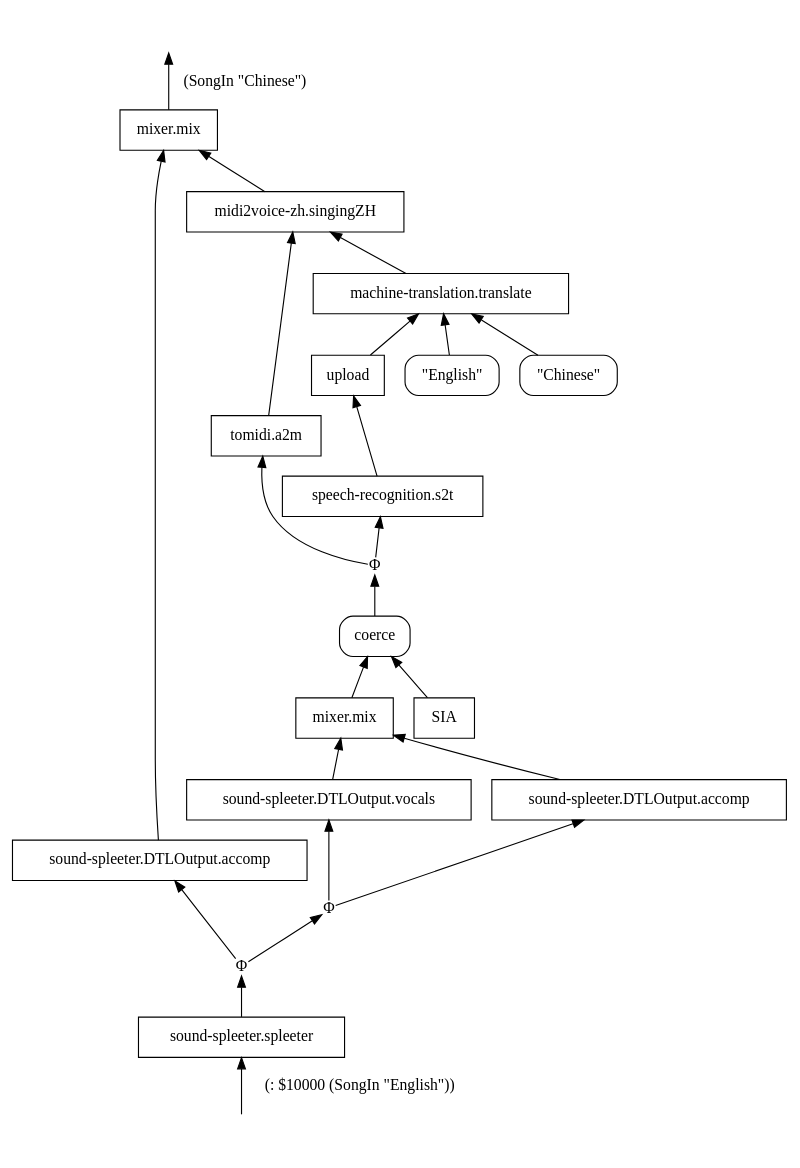
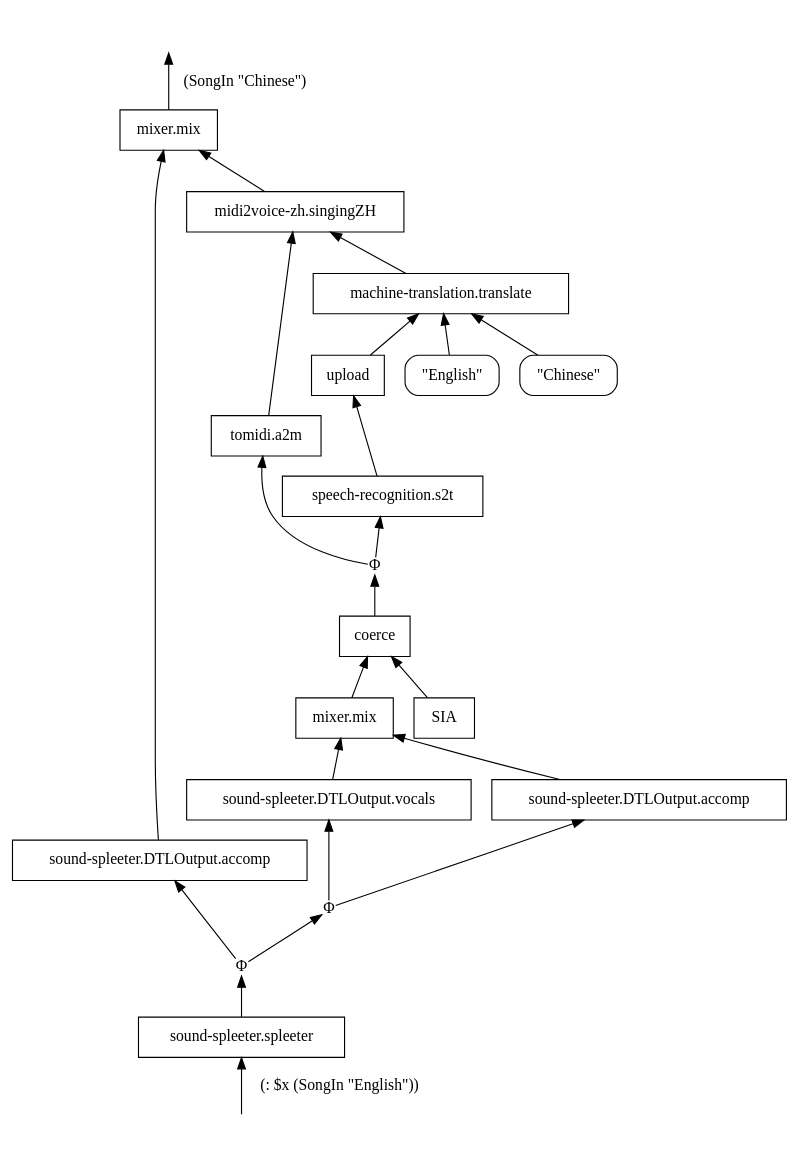
Before and after one commit to singnet/ai-dsl: the diagram in experimental/ai-service-composition/english-to-chinese-song/dots/cnd-2.dot, drawn with Graphviz. The commit also changed 5 other files, not shown here.

```diff
--- a/experimental/ai-service-composition/english-to-chinese-song/dots/cnd-2.dot
+++ b/experimental/ai-service-composition/english-to-chinese-song/dots/cnd-2.dot
@@ -1,47 +1,47 @@
 digraph Flowchart {
 rankdir=BT
 
 "__IN__0" [label="", shape=none]
 "__OUT__0" [label="", shape=none]
-"Φ1002" [label="Φ", shape=plain]
-"mixer.mix3" [label="mixer.mix", shape=box]
-"sound-spleeter.DTLOutput.accomp12" [label="sound-spleeter.DTLOutput.accomp", shape=box]
-"Φ1103" [label="Φ", shape=plain]
-"midi2voice-zh.singingZH104" [label="midi2voice-zh.singingZH", shape=box]
-"machine-translation.translate115" [label="machine-translation.translate", shape=box]
+"Φ743206" [label="Φ", shape=plain]
+"mixer.mix295142" [label="mixer.mix", shape=box]
+"sound-spleeter.DTLOutput.accomp922590" [label="sound-spleeter.DTLOutput.accomp", shape=box]
+"Φ678770" [label="Φ", shape=plain]
+"midi2voice-zh.singingZH270626" [label="midi2voice-zh.singingZH", shape=box]
+"machine-translation.translate15183" [label="machine-translation.translate", shape=box]
 "English" [label="\"English\"", shape=box, style=rounded]
 "Chinese" [label="\"Chinese\"", shape=box, style=rounded]
-"upload124" [label="upload", shape=box]
-"speech-recognition.s2t133" [label="speech-recognition.s2t", shape=box]
-"tomidi.a2m203" [label="tomidi.a2m", shape=box]
-coerce [label="coerce", shape=box, style=rounded]
-"SIA123" [label="SIA", shape=box]
-"Φ1122" [label="Φ", shape=plain]
-"mixer.mix123" [label="mixer.mix", shape=box]
-"sound-spleeter.DTLOutput.accomp132" [label="sound-spleeter.DTLOutput.accomp", shape=box]
-"sound-spleeter.DTLOutput.vocals222" [label="sound-spleeter.DTLOutput.vocals", shape=box]
-"sound-spleeter.spleeter11" [label="sound-spleeter.spleeter", shape=box]
+"upload899965" [label="upload", shape=box]
+"speech-recognition.s2t766875" [label="speech-recognition.s2t", shape=box]
+"tomidi.a2m483400" [label="tomidi.a2m", shape=box]
+"coerce592823" [label="coerce", shape=box]
+"SIA398576" [label="SIA", shape=box]
+"Φ124750" [label="Φ", shape=plain]
+"mixer.mix288019" [label="mixer.mix", shape=box]
+"sound-spleeter.DTLOutput.accomp479379" [label="sound-spleeter.DTLOutput.accomp", shape=box]
+"sound-spleeter.DTLOutput.vocals219876" [label="sound-spleeter.DTLOutput.vocals", shape=box]
+"sound-spleeter.spleeter34148" [label="sound-spleeter.spleeter", shape=box]
 
-"__IN__0" -> "sound-spleeter.spleeter11" [label="(: $10000 (SongIn \"English\"))"]
-"mixer.mix3" -> "__OUT__0" [label="(SongIn \"Chinese\")"]
-"sound-spleeter.spleeter11" -> "Φ1002" []
-"Φ1002" -> "sound-spleeter.DTLOutput.accomp12" []
-"Φ1002" -> "Φ1122" []
-"sound-spleeter.DTLOutput.accomp12" -> "mixer.mix3" []
-"midi2voice-zh.singingZH104" -> "mixer.mix3" []
-coerce -> "Φ1103" []
-"Φ1103" -> "speech-recognition.s2t133" []
-"Φ1103" -> "tomidi.a2m203" []
-"machine-translation.translate115" -> "midi2voice-zh.singingZH104" []
-"tomidi.a2m203" -> "midi2voice-zh.singingZH104" []
-"upload124" -> "machine-translation.translate115" []
-"English" -> "machine-translation.translate115" []
-"Chinese" -> "machine-translation.translate115" []
-"speech-recognition.s2t133" -> "upload124" []
-"mixer.mix123" -> coerce []
-"SIA123" -> coerce []
-"Φ1122" -> "sound-spleeter.DTLOutput.accomp132" []
-"Φ1122" -> "sound-spleeter.DTLOutput.vocals222" []
-"sound-spleeter.DTLOutput.accomp132" -> "mixer.mix123" []
-"sound-spleeter.DTLOutput.vocals222" -> "mixer.mix123" []
+"__IN__0" -> "sound-spleeter.spleeter34148" [label="(: $x (SongIn \"English\"))"]
+"mixer.mix295142" -> "__OUT__0" [label="(SongIn \"Chinese\")"]
+"sound-spleeter.spleeter34148" -> "Φ743206" []
+"Φ743206" -> "sound-spleeter.DTLOutput.accomp922590" []
+"Φ743206" -> "Φ124750" []
+"sound-spleeter.DTLOutput.accomp922590" -> "mixer.mix295142" []
+"midi2voice-zh.singingZH270626" -> "mixer.mix295142" []
+"coerce592823" -> "Φ678770" []
+"Φ678770" -> "speech-recognition.s2t766875" []
+"Φ678770" -> "tomidi.a2m483400" []
+"machine-translation.translate15183" -> "midi2voice-zh.singingZH270626" []
+"tomidi.a2m483400" -> "midi2voice-zh.singingZH270626" []
+"upload899965" -> "machine-translation.translate15183" []
+"English" -> "machine-translation.translate15183" []
+"Chinese" -> "machine-translation.translate15183" []
+"speech-recognition.s2t766875" -> "upload899965" []
+"mixer.mix288019" -> "coerce592823" []
+"SIA398576" -> "coerce592823" []
+"Φ124750" -> "sound-spleeter.DTLOutput.accomp479379" []
+"Φ124750" -> "sound-spleeter.DTLOutput.vocals219876" []
+"sound-spleeter.DTLOutput.accomp479379" -> "mixer.mix288019" []
+"sound-spleeter.DTLOutput.vocals219876" -> "mixer.mix288019" []
 }
```
